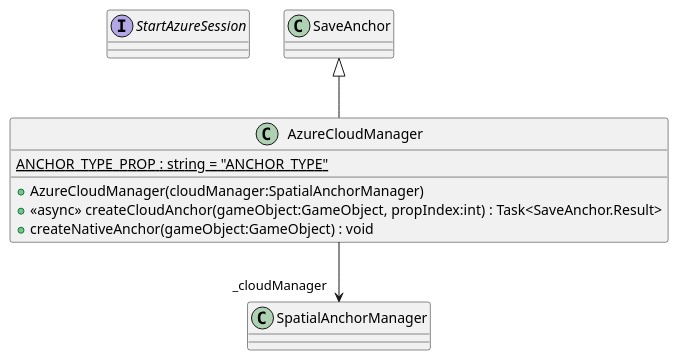
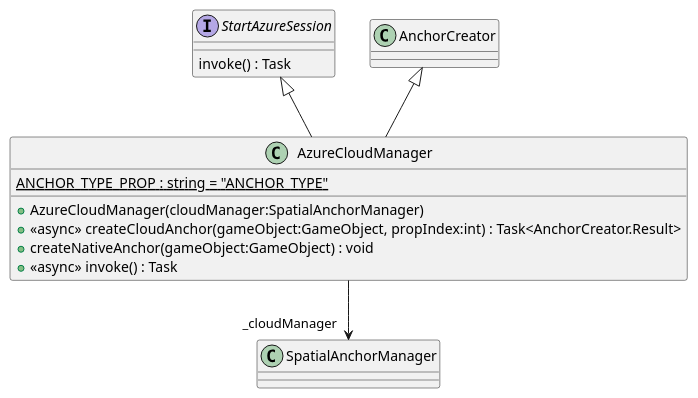
The diagram in UML/Assets/Scripts/AzureCloudManager.puml (DeNatur/ProductionFloorVisualization), drawn with PlantUML before and after one commit. The commit also changed 14 other files, not shown here.

Commit message:
Generate UML (Generate UML)

```diff
--- a/UML/Assets/Scripts/AzureCloudManager.puml
+++ b/UML/Assets/Scripts/AzureCloudManager.puml
@@ -1,12 +1,15 @@
 @startuml
 interface StartAzureSession {
+    invoke() : Task
 }
 class AzureCloudManager {
     {static} ANCHOR_TYPE_PROP : string = "ANCHOR_TYPE"
     + AzureCloudManager(cloudManager:SpatialAnchorManager)
-    + <<async>> createCloudAnchor(gameObject:GameObject, propIndex:int) : Task<SaveAnchor.Result>
+    + <<async>> createCloudAnchor(gameObject:GameObject, propIndex:int) : Task<AnchorCreator.Result>
     + createNativeAnchor(gameObject:GameObject) : void
+    + <<async>> invoke() : Task
 }
-SaveAnchor <|-- AzureCloudManager
+AnchorCreator <|-- AzureCloudManager
+StartAzureSession <|-- AzureCloudManager
 AzureCloudManager --> "_cloudManager" SpatialAnchorManager
 @enduml
```
